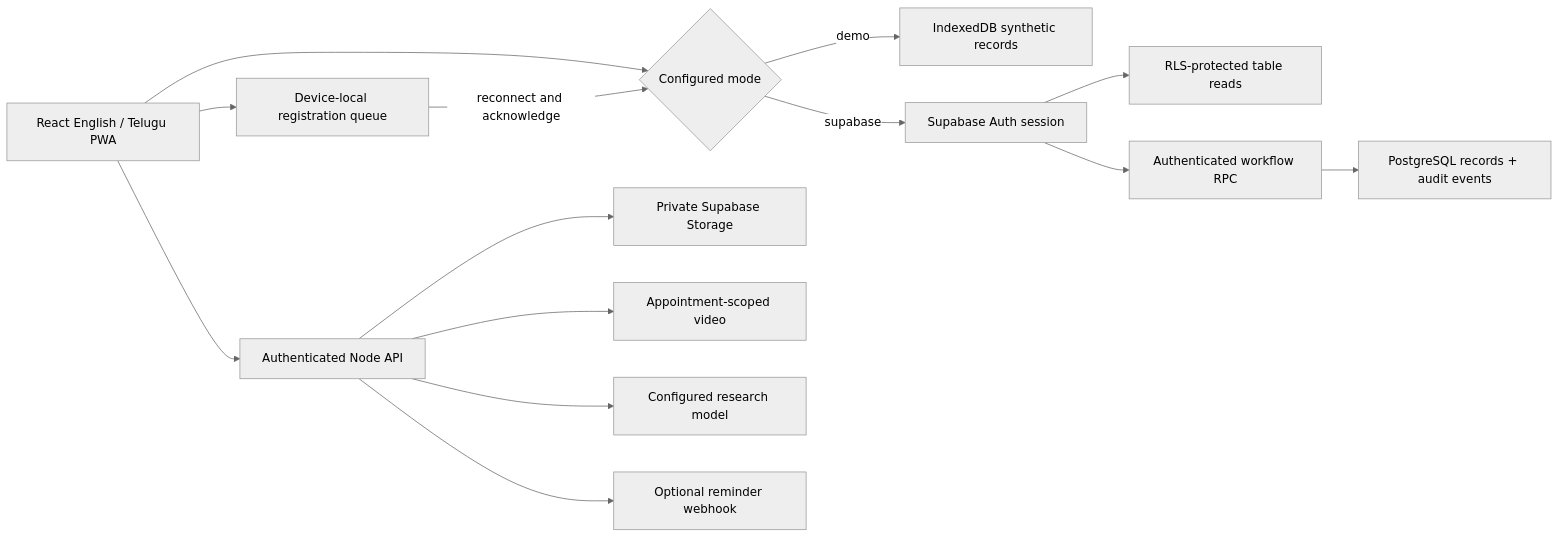
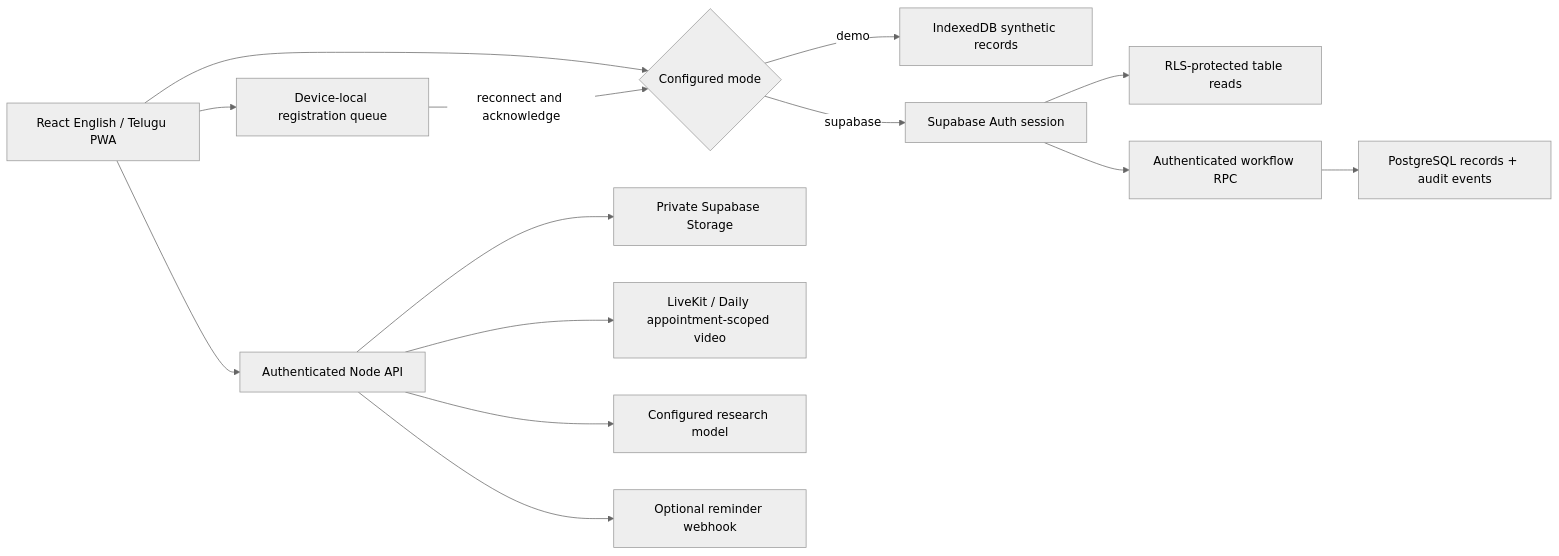
One commit to dinesh78161/ytcitda changed the diagram in docs/IMPLEMENTATION.md. Above: the diagram before and after it, drawn with Mermaid (neutral theme). The commit also changed other lines of this file and 40 other files, not shown here.

Commit message:
Complete hosted demo workflow and add free LiveKit video

````diff
--- a/docs/IMPLEMENTATION.md
+++ b/docs/IMPLEMENTATION.md
@@ -5,16 +5,16 @@
 ```mermaid
 flowchart LR
     UI[React English / Telugu PWA] --> Mode{Configured mode}
     Mode -->|demo| Local[IndexedDB synthetic records]
     Mode -->|supabase| Auth[Supabase Auth session]
     Auth --> Read[RLS-protected table reads]
     Auth --> RPC[Authenticated workflow RPC]
     RPC --> DB[PostgreSQL records + audit events]
     UI --> Queue[Device-local registration queue]
     Queue -->|reconnect and acknowledge| Mode
     UI --> API[Authenticated Node API]
     API --> Storage[Private Supabase Storage]
-    API --> Daily[Appointment-scoped video]
+    API --> Video[LiveKit / Daily appointment-scoped video]
     API --> Model[Configured research model]
     API --> Delivery[Optional reminder webhook]
 ```
````
